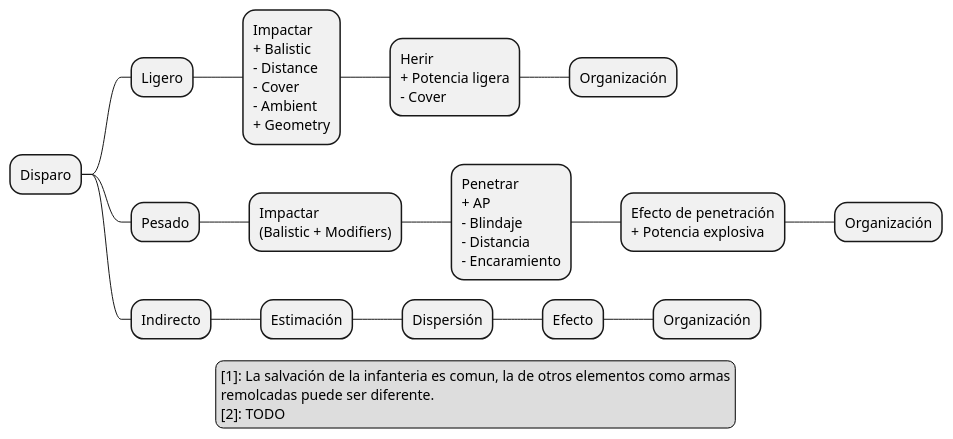
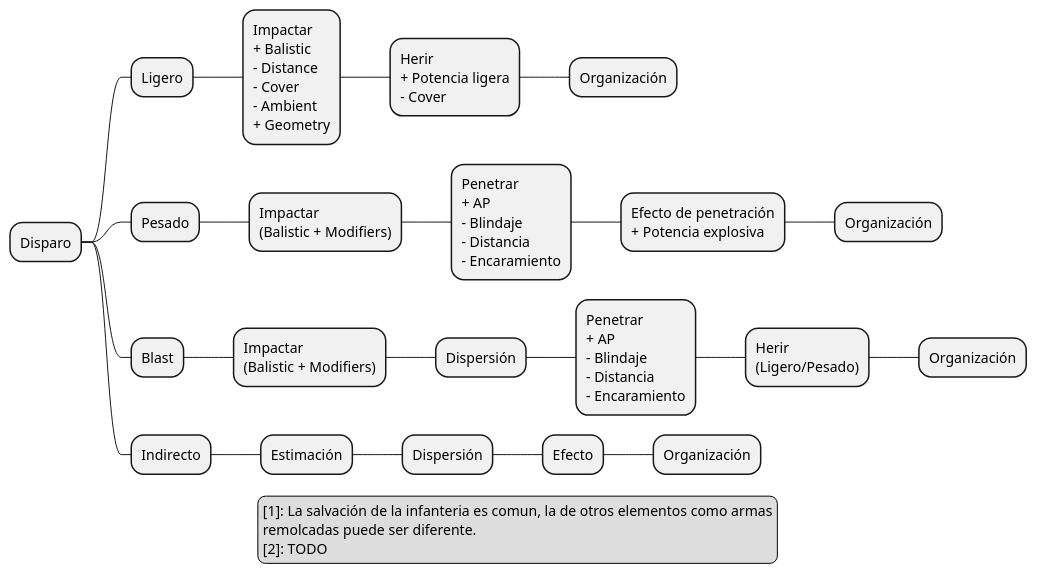
The diagram in design/design.plantuml (labcabrera/ashes-of-war), drawn with PlantUML before and after one commit. The commit also changed 2 other files, not shown here.

```diff
--- a/design/design.plantuml
+++ b/design/design.plantuml
@@ -1,42 +1,36 @@
 @startmindmap
 
 ' top to bottom direction
-
-' * Debian
-' ** Ubuntu
-' *** Linux Mint
-' *** Kubuntu
-' *** Lubuntu
-' *** KDE Neon
-' ** LMDE
-' ** SolydXK
-' ** SteamOS
-' ** Raspbian with a very long name
-' *** <s>Raspmbc</s> => OSMC
-' *** <s>Raspyfi</s> => Volumio
 
 * Disparo
 ** Ligero
 *** Impactar\n+ Balistic\n- Distance\n- Cover\n- Ambient\n+ Geometry
 **** Herir\n+ Potencia ligera\n- Cover
 ***** Organización
 
 ** Pesado
 *** Impactar\n(Balistic + Modifiers)
 **** Penetrar\n+ AP\n- Blindaje\n- Distancia\n- Encaramiento
 ***** Efecto de penetración\n+ Potencia explosiva
 ****** Organización
+
+** Blast
+*** Impactar\n(Balistic + Modifiers)
+**** Dispersión
+***** Penetrar\n+ AP\n- Blindaje\n- Distancia\n- Encaramiento
+****** Herir\n(Ligero/Pesado)
+******* Organización
 
 ** Indirecto
 *** Estimación
 **** Dispersión
 ***** Efecto
 ****** Organización
 
 legend
   [1]: La salvación de la infanteria es comun, la de otros elementos como armas
   remolcadas puede ser diferente.
   [2]: TODO
 endlegend
 
 @endmindmap
```
